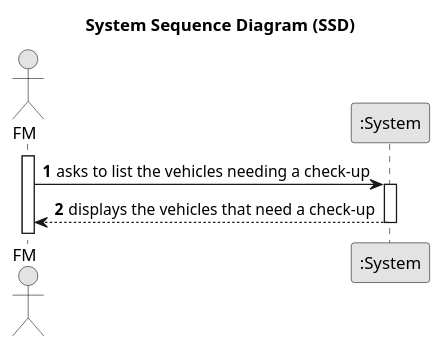
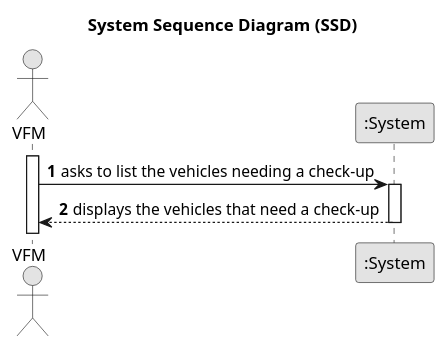
One commit to Departamento-de-Engenharia-Informatica/lei-24-s2-1do-g164 changed the diagram in docs/sprintA/us008/01.requirements-engineering/puml/us008-system-sequence-diagram.puml. Above: the diagram before and after it, drawn with PlantUML. The commit also changed 15 other files, not shown here.

```diff
--- a/docs/sprintA/us008/01.requirements-engineering/puml/us008-system-sequence-diagram.puml
+++ b/docs/sprintA/us008/01.requirements-engineering/puml/us008-system-sequence-diagram.puml
@@ -1,22 +1,22 @@
 @startuml
 skinparam monochrome true
 skinparam packageStyle rectangle
 skinparam shadowing false
 
 title System Sequence Diagram (SSD)
 
 autonumber
 
-actor "FM" as Employee
+actor "VFM" as Employee
 participant ":System" as System
 
 activate Employee
 
     Employee -> System : asks to list the vehicles needing a check-up
     activate System
 
         System --> Employee : displays the vehicles that need a check-up
     deactivate System
 
 
 @enduml
```
